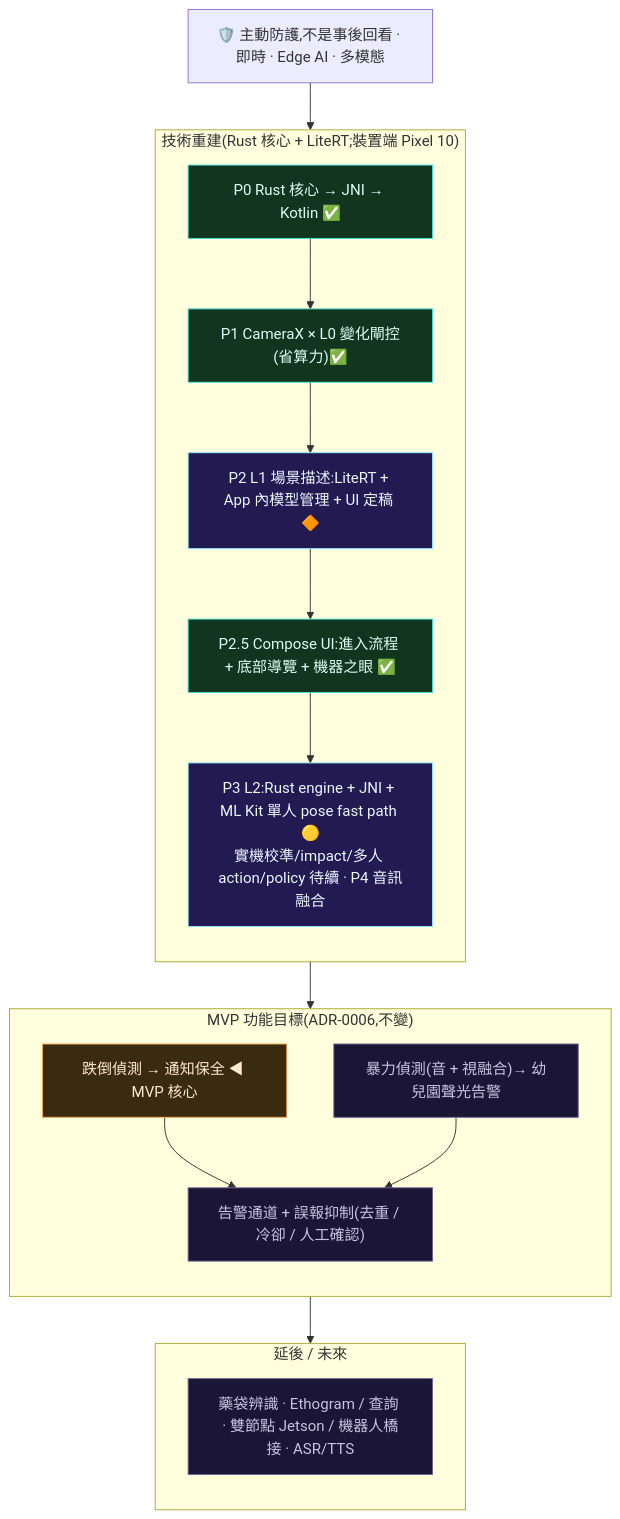
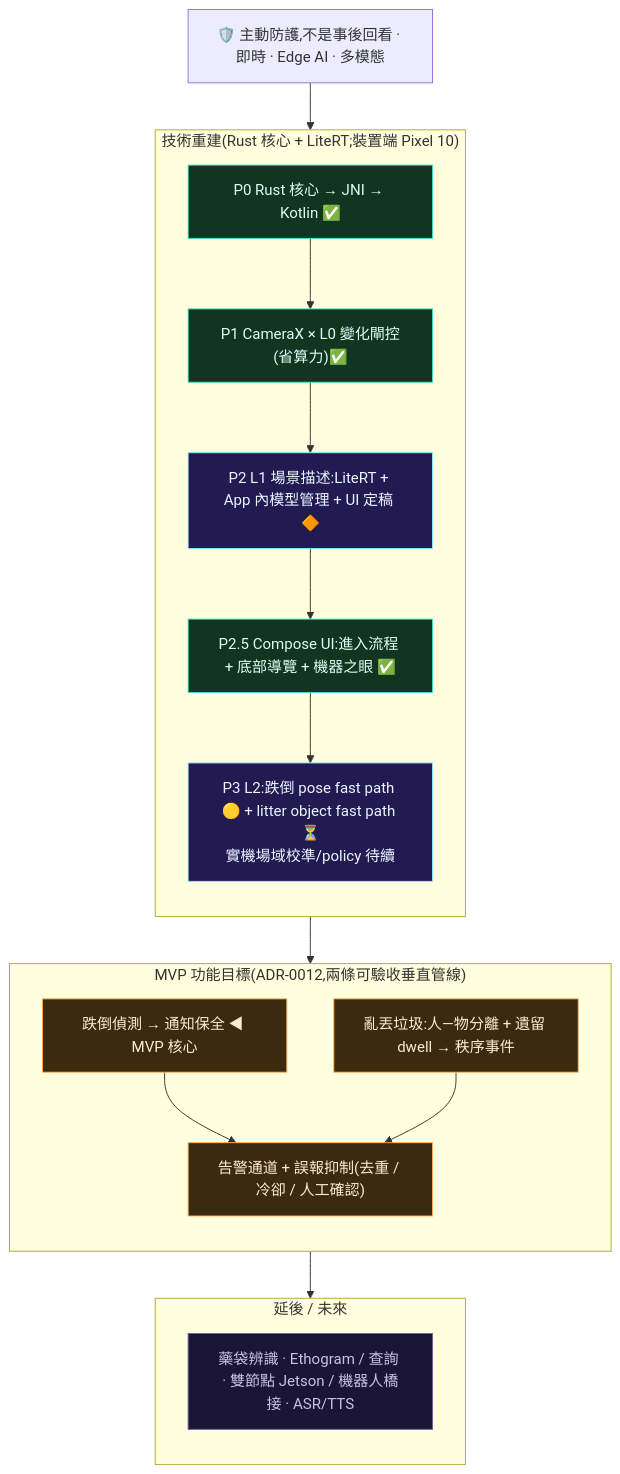
Before and after one commit to TingFengChou/claustrum: the first of 4 diagrams in README.md, drawn with Mermaid. The commit also changed other lines of this file and 17 other files, not shown here.

````diff
--- a/README.md
+++ b/README.md
@@ -76,39 +79,40 @@
 ```mermaid
 flowchart TD
   T["🛡️ 主動防護,不是事後回看 · 即時 · Edge AI · 多模態"]
 
   subgraph TECH["技術重建(Rust 核心 + LiteRT;裝置端 Pixel 10)"]
     direction TB
     P0["P0 Rust 核心 → JNI → Kotlin ✅"]
     P1["P1 CameraX × L0 變化閘控(省算力)✅"]
     P2["P2 L1 場景描述:LiteRT + App 內模型管理 + UI 定稿 🔶"]
     P25["P2.5 Compose UI:進入流程 + 底部導覽 + 機器之眼 ✅"]
-    P3T["P3 L2:Rust engine + JNI + ML Kit 單人 pose fast path 🟡<br/>實機校準/impact/多人 action/policy 待續 · P4 音訊融合"]
+    P3T["P3 L2:跌倒 pose fast path 🟡 + litter object fast path ⏳<br/>實機場域校準/policy 待續"]
     P0 --> P1 --> P2 --> P25 --> P3T
   end
 
-  subgraph MVP["MVP 功能目標(ADR-0006,不變)"]
+  subgraph MVP["MVP 功能目標(ADR-0012,兩條可驗收垂直管線)"]
     direction TB
     B["跌倒偵測 → 通知保全 ◀ MVP 核心"]
-    C["暴力偵測(音 + 視融合)→ 幼兒園聲光告警"]
+    C["亂丟垃圾:人—物分離 + 遺留 dwell → 秩序事件"]
     D["告警通道 + 誤報抑制(去重 / 冷卻 / 人工確認)"]
     B --> D
     C --> D
   end
 
   subgraph LATER["延後 / 未來"]
     direction TB
     F["藥袋辨識 · Ethogram / 查詢 · 雙節點 Jetson / 機器人橋接 · ASR/TTS"]
   end
 
   T --> TECH --> MVP --> LATER
 
   classDef done fill:#12351f,stroke:#43e0d0,color:#dffdf5;
   classDef now fill:#241a52,stroke:#8be9ff,color:#eaf6ff;
   classDef next fill:#3a2a10,stroke:#ffb054,color:#ffe9cf;
   classDef future fill:#1c1636,stroke:#6b6690,color:#c7c3e0;
   class P0,P1,P25 done;
   class P2,P3T now;
   class B next;
-  class C,D,F future;
+  class C,D next;
+  class F future;
 ```
````
